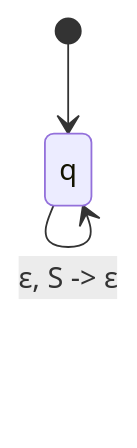
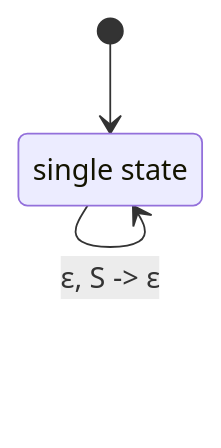
Before and after one commit to manishkumar8312/CS-Fundamentals: the third of 4 diagrams in Theory Of Computation/Ch07 - Pushdown Automata.md, drawn with Mermaid. The commit also changed other lines of this file, not shown here.

````diff
--- a/Theory Of Computation/Ch07 - Pushdown Automata.md
+++ b/Theory Of Computation/Ch07 - Pushdown Automata.md
@@ -218,7 +140,8 @@
 ```mermaid
 stateDiagram-v2
+    q : single state
     [*] --> q
-    q --> q : a, S -> SB
+    q --> q : a, S -> S B
     q --> q : b, B -> ε
     q --> q : ε, S -> ε
 ```
````
